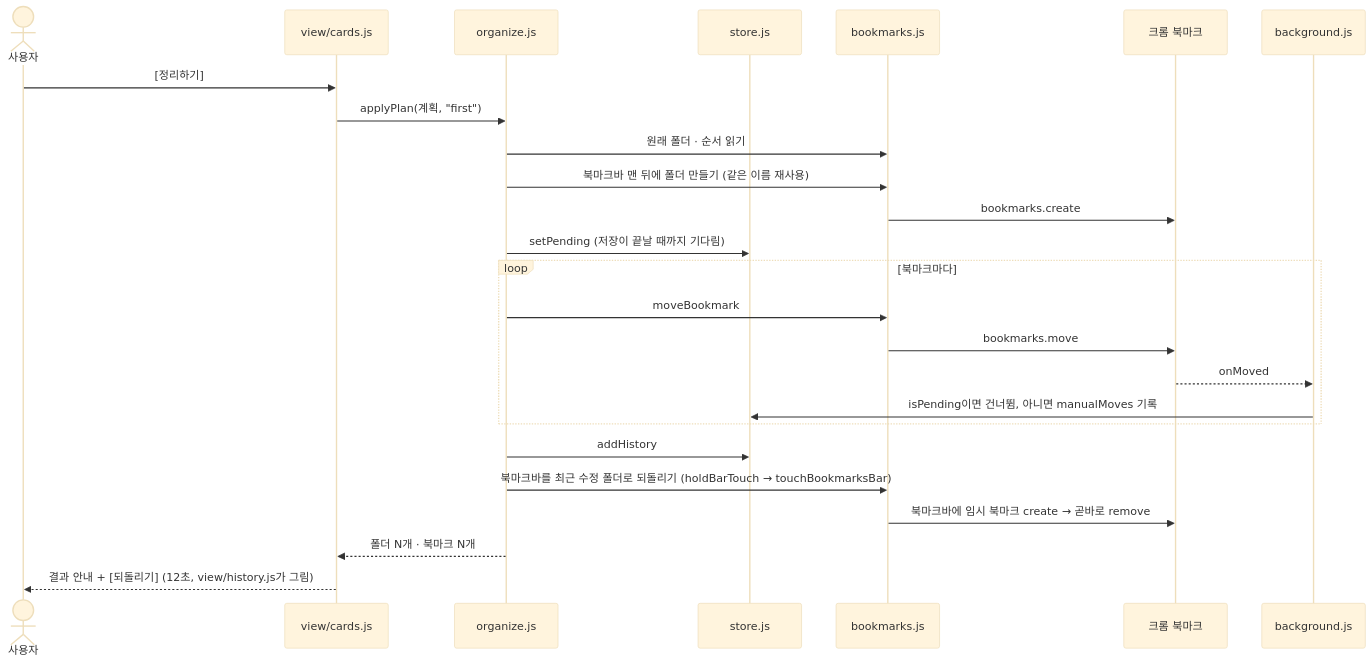
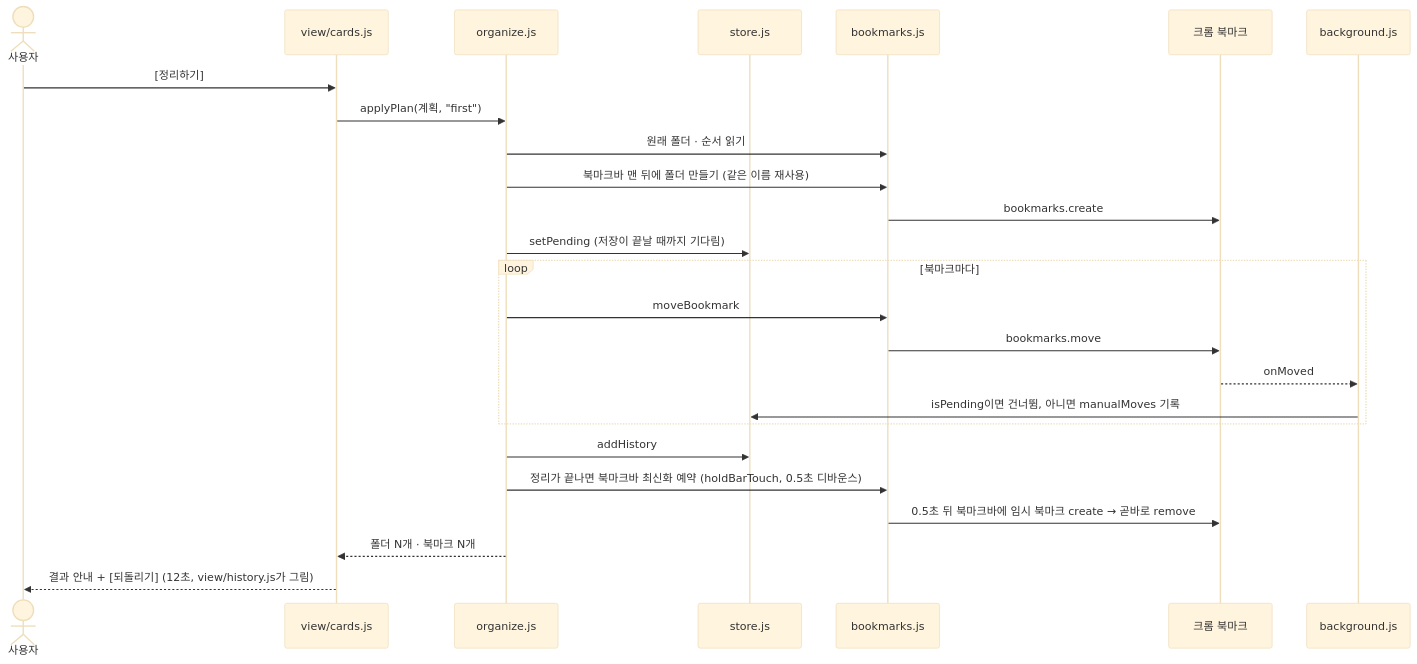
The third of 3 diagrams in docs/file-structure.md (aix-team-5/aix_BaroLink_bookmark), drawn with Mermaid (base theme) before and after one commit. The commit also changed other lines of this file and 1 other file, not shown here.

Commit message:
docs: 북마크바 최신화 디바운스 규칙과 수동 확인 동작 추가 (F10-01·F10-09)

````diff
--- a/docs/file-structure.md
+++ b/docs/file-structure.md
@@ -231,28 +231,28 @@
 ```mermaid
 sequenceDiagram
   actor U as 사용자
   participant R as view/cards.js
   participant O as organize.js
   participant S as store.js
   participant B as bookmarks.js
   participant C as 크롬 북마크
   participant W as background.js
 
   U->>R: [정리하기]
   R->>O: applyPlan(계획, "first")
   O->>B: 원래 폴더 · 순서 읽기
   O->>B: 북마크바 맨 뒤에 폴더 만들기 (같은 이름 재사용)
   B->>C: bookmarks.create
   O->>S: setPending (저장이 끝날 때까지 기다림)
   loop 북마크마다
     O->>B: moveBookmark
     B->>C: bookmarks.move
     C-->>W: onMoved
     W->>S: isPending이면 건너뜀, 아니면 manualMoves 기록
   end
   O->>S: addHistory
-  O->>B: 북마크바를 최근 수정 폴더로 되돌리기 (holdBarTouch → touchBookmarksBar)
-  B->>C: 북마크바에 임시 북마크 create → 곧바로 remove
+  O->>B: 정리가 끝나면 북마크바 최신화 예약 (holdBarTouch, 0.5초 디바운스)
+  B->>C: 0.5초 뒤 북마크바에 임시 북마크 create → 곧바로 remove
   O-->>R: 폴더 N개 · 북마크 N개
   R-->>U: 결과 안내 + [되돌리기] (12초, view/history.js가 그림)
 ```
````
